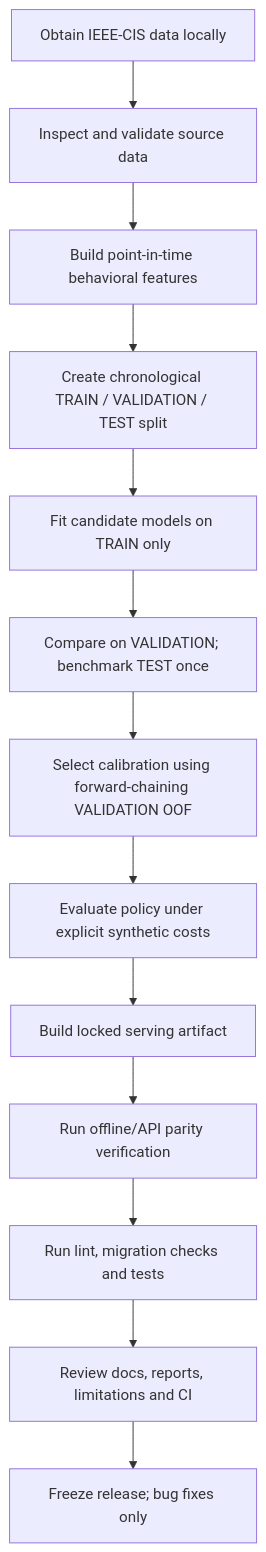
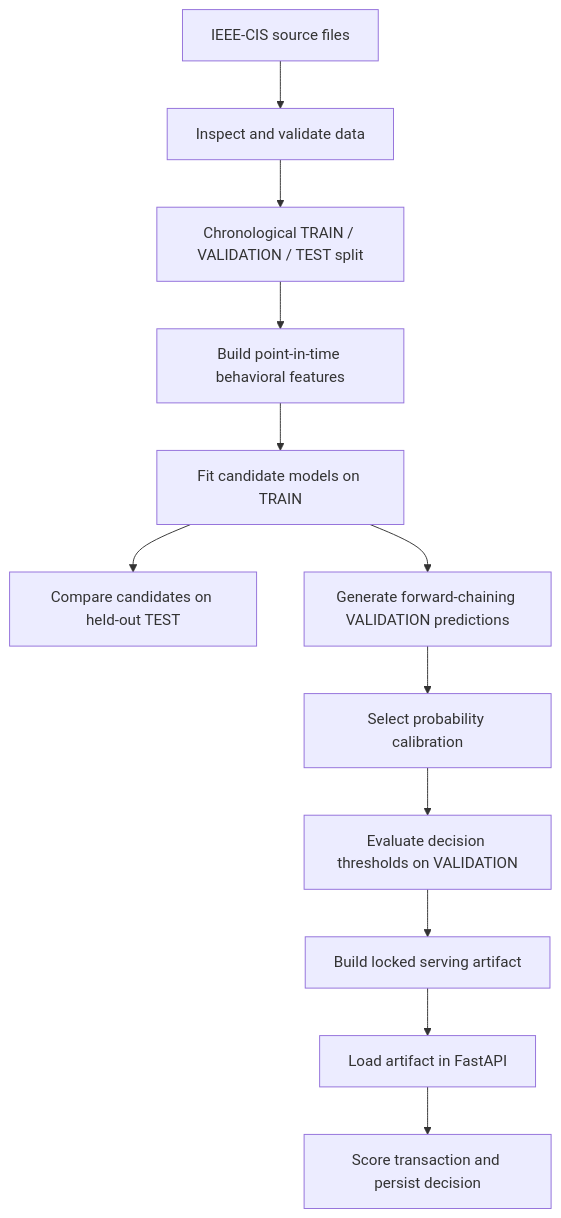
The second of 2 diagrams in README.md (Sujeet-Kona/RiskForge), drawn with Mermaid before and after one commit. The commit also changed other lines of this file and 11 other files, not shown here.

````diff
--- a/README.md
+++ b/README.md
@@ -66,15 +69,14 @@
 ```mermaid
 flowchart TD
-  A["Obtain IEEE-CIS data locally"] --> B["Inspect and validate source data"]
-  B --> C["Build point-in-time behavioral features"]
-  C --> D["Create chronological TRAIN / VALIDATION / TEST split"]
-  D --> E["Fit candidate models on TRAIN only"]
-  E --> F["Compare on VALIDATION; benchmark TEST once"]
-  F --> G["Select calibration using forward-chaining VALIDATION OOF"]
-  G --> H["Evaluate policy under explicit synthetic costs"]
-  H --> I["Build locked serving artifact"]
-  I --> J["Run offline/API parity verification"]
-  J --> K["Run lint, migration checks and tests"]
-  K --> L["Review docs, reports, limitations and CI"]
-  L --> M["Freeze release; bug fixes only"]
+  A["IEEE-CIS source files"] --> B["Inspect and validate data"]
+  B --> C["Chronological TRAIN / VALIDATION / TEST split"]
+  C --> D["Build point-in-time behavioral features"]
+  D --> E["Fit candidate models on TRAIN"]
+  E --> F["Compare candidates on held-out TEST"]
+  E --> G["Generate forward-chaining VALIDATION predictions"]
+  G --> H["Select probability calibration"]
+  H --> I["Evaluate decision thresholds on VALIDATION"]
+  I --> J["Build locked serving artifact"]
+  J --> K["Load artifact in FastAPI"]
+  K --> L["Score transaction and persist decision"]
 ```
````
